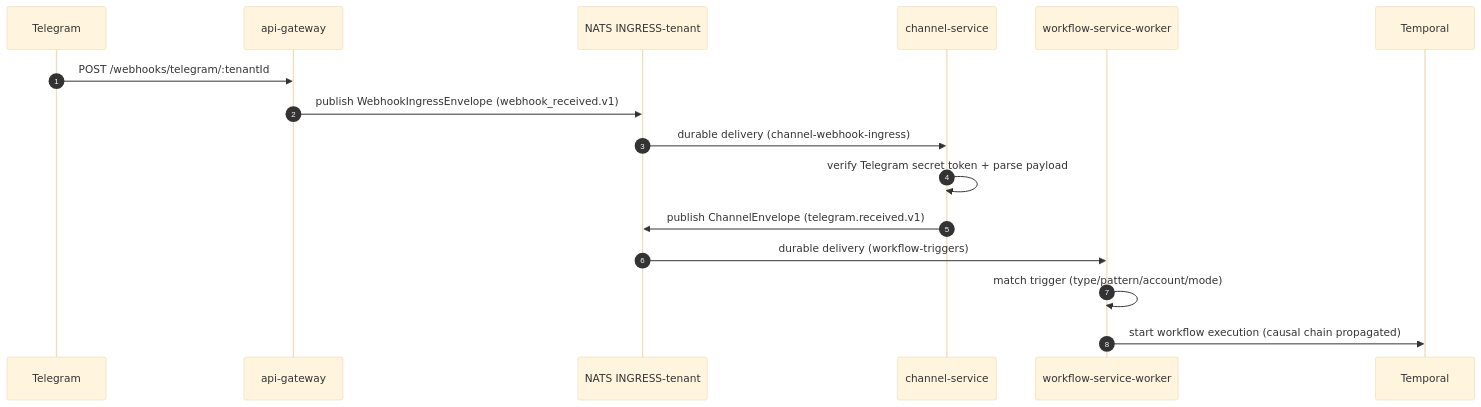
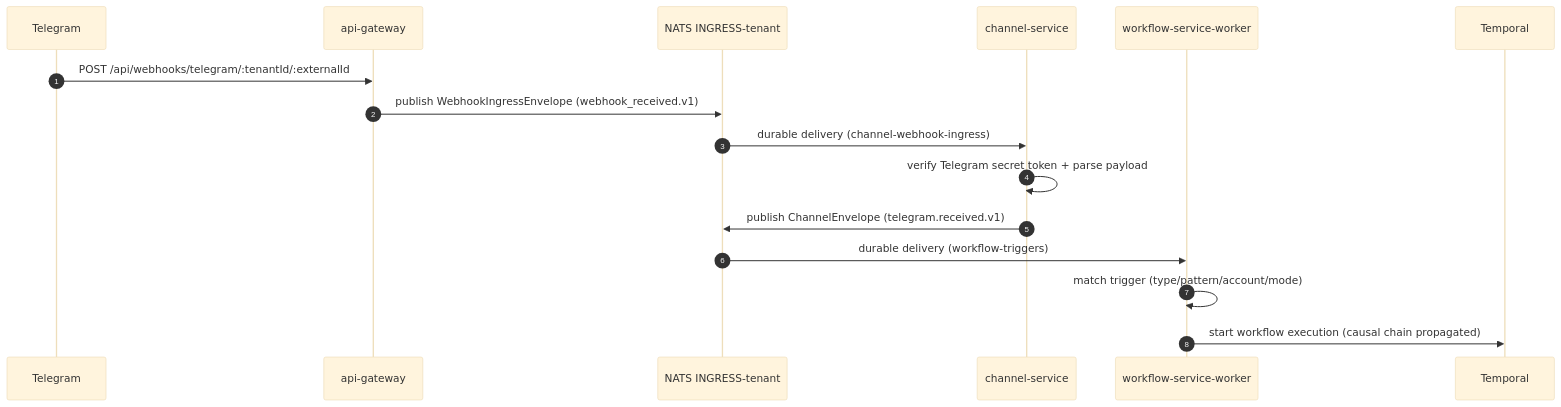
The second of 4 diagrams in DOCS/channels/telegram-sequence.md (ccarnero/colloqui), drawn with Mermaid (base theme) before and after one commit. The commit also changed other lines of this file and 88 other files, not shown here.

````diff
--- a/DOCS/channels/telegram-sequence.md
+++ b/DOCS/channels/telegram-sequence.md
@@ -41,19 +41,19 @@
 ```mermaid
 sequenceDiagram
     autonumber
     participant TG as Telegram
     participant GW as api-gateway
     participant NATS as NATS INGRESS-tenant
     participant CH as channel-service
     participant WFT as workflow-service-worker
     participant TEMP as Temporal
 
-    TG->>GW: POST /webhooks/telegram/:tenantId
+    TG->>GW: POST /api/webhooks/telegram/:tenantId/:externalId
     GW->>NATS: publish WebhookIngressEnvelope (webhook_received.v1)
     NATS->>CH: durable delivery (channel-webhook-ingress)
     CH->>CH: verify Telegram secret token + parse payload
     CH->>NATS: publish ChannelEnvelope (telegram.received.v1)
     NATS->>WFT: durable delivery (workflow-triggers)
     WFT->>WFT: match trigger (type/pattern/account/mode)
     WFT->>TEMP: start workflow execution (causal chain propagated)
 ```
````
